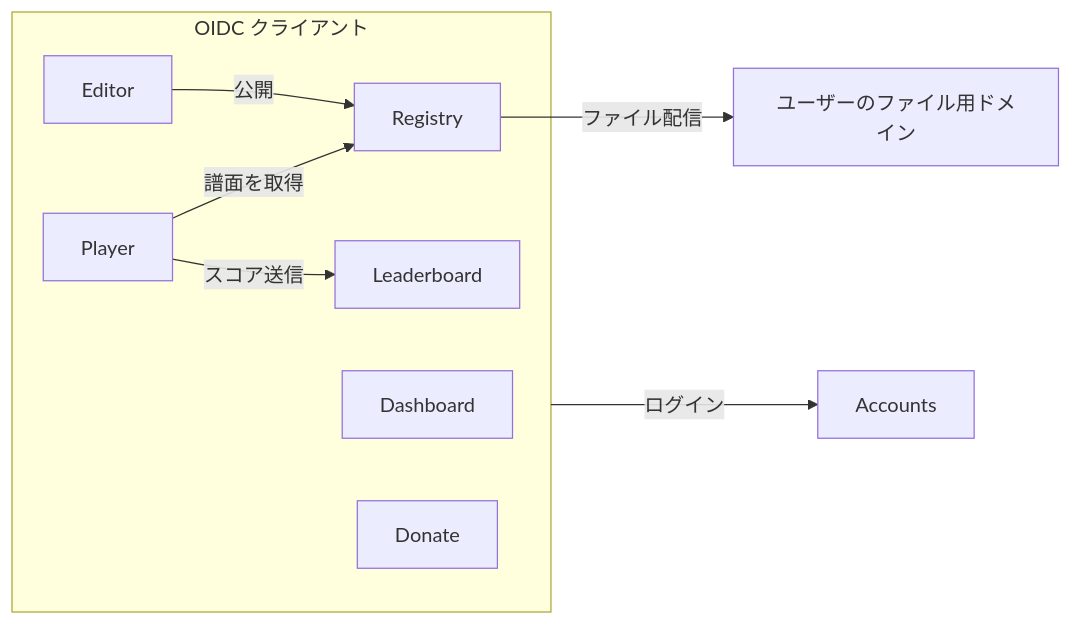
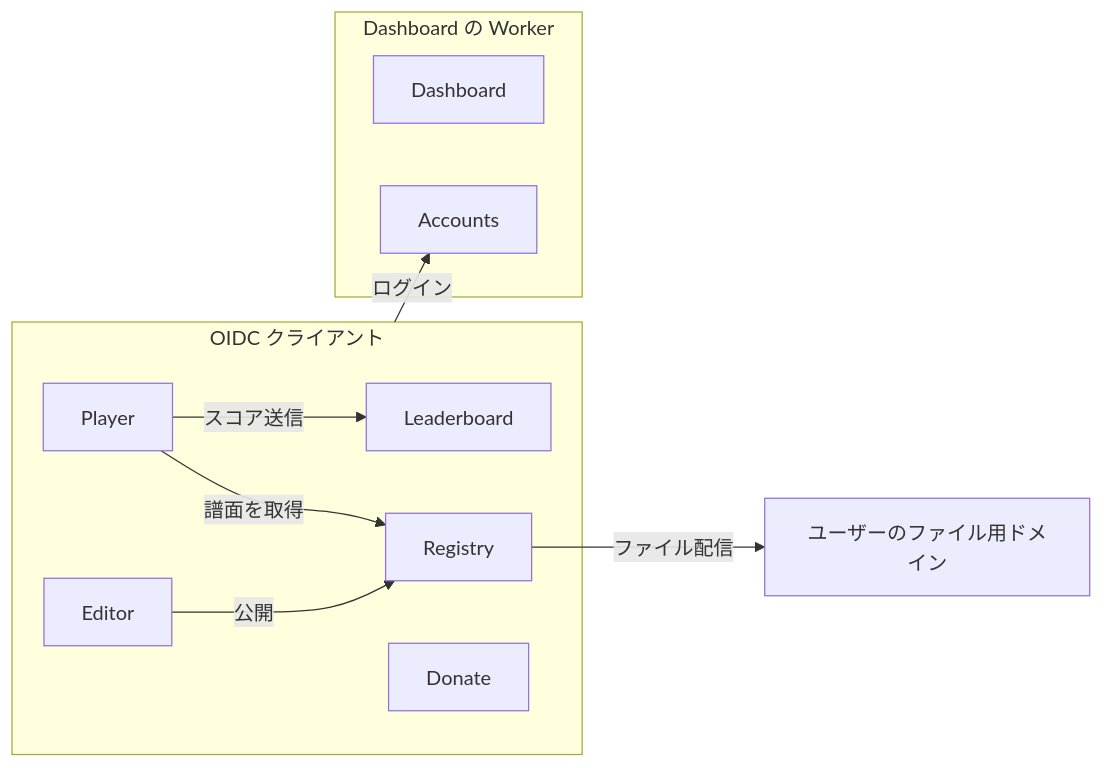
Before and after one commit to nulltask/be-music: the first of 3 diagrams in docs/services.ja.md, drawn with Mermaid. The commit also changed other lines of this file and 77 other files, not shown here.

First line of the commit message:
feat(dashboard): run Accounts in the Dashboard Worker

````diff
--- a/docs/services.ja.md
+++ b/docs/services.ja.md
@@ -22,17 +22,19 @@
 ```mermaid
 flowchart LR
   subgraph clients[OIDC クライアント]
-    H[Dashboard]
     P[Player]
     L[Leaderboard]
     R[Registry]
     E[Editor]
     D[Donate]
   end
-  A[Accounts]
+  subgraph worker[Dashboard の Worker]
+    H[Dashboard]
+    A[Accounts]
+  end
   clients -->|ログイン| A
   E -->|公開| R
   P -->|譜面を取得| R
   P -->|スコア送信| L
   R -->|ファイル配信| C[ユーザーのファイル用ドメイン]
 ```
````
